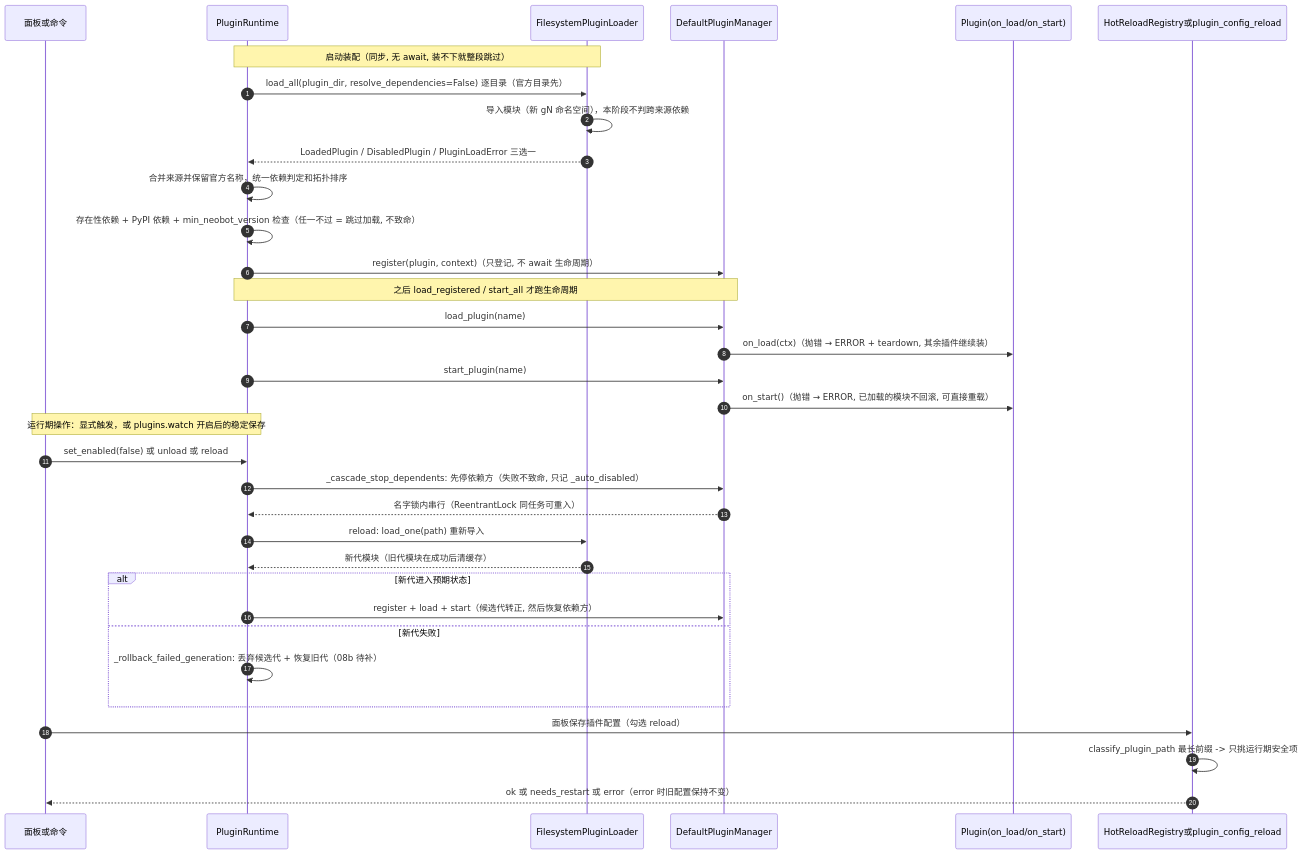
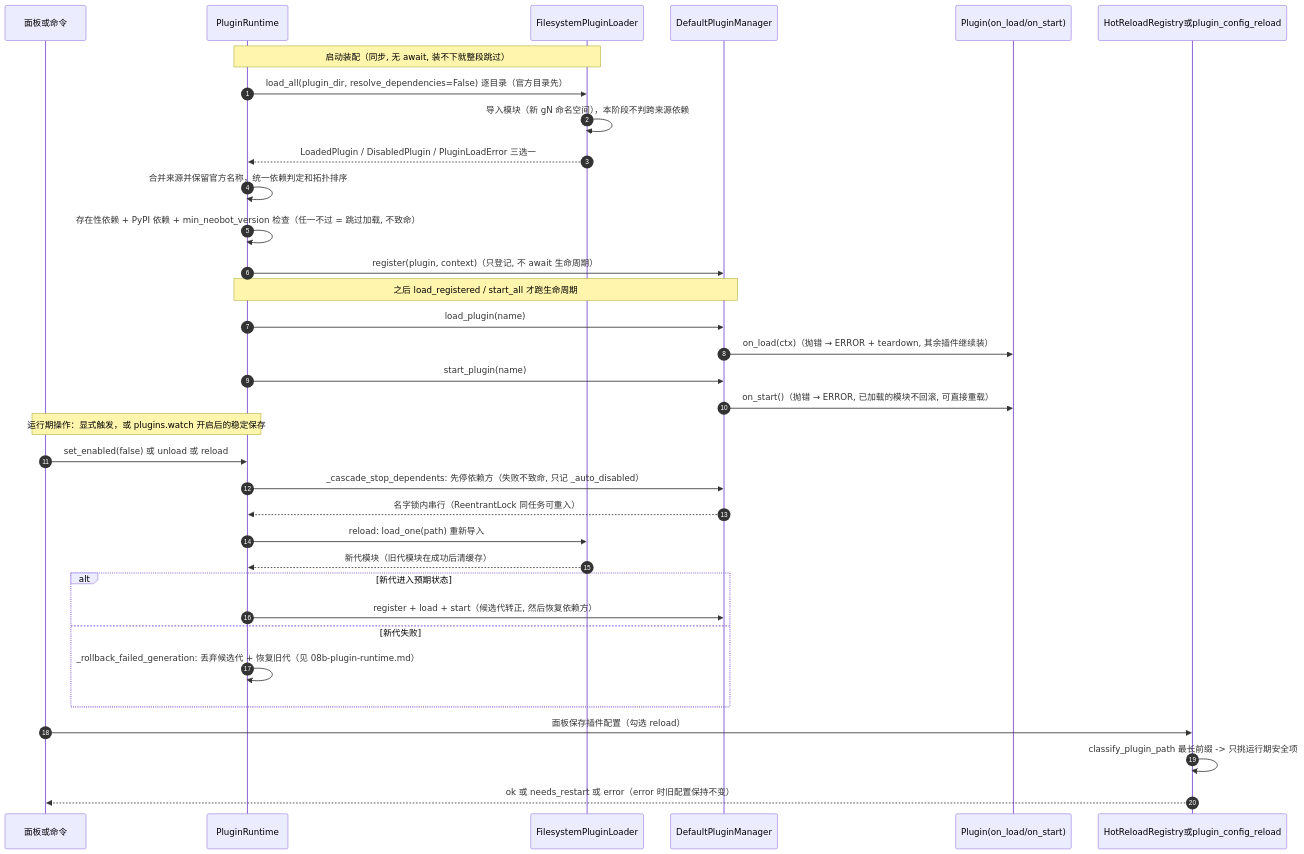
Before and after one commit to SuperQuail/NeoBot: the second of 14 diagrams in docs/flow/08-plugins.md, drawn with Mermaid. The commit also changed other lines of this file and 4 other files, not shown here.

Commit message:
feat(bilibili): 直播按场次隔离历史并注入开播时间\n\n- 开播时间（WS LIVE 事件或 room_info.live_time）变化即视为新场次，清空上一场弹幕\n- 回复/观察/定时提示词注入 <开播时间>，让模型知道哪些弹幕属于本场\n- 开播时不预热历史；拿不到开播时间时绝不清历史\n- --strict-drift 重盖章流程图\n\n验证：pytest app/tests/modules/bilibili app/tests/modules/prompt -q → 935 passed；ruff 通过

````diff
--- a/docs/flow/08-plugins.md
+++ b/docs/flow/08-plugins.md
@@ -79,38 +79,38 @@
 ```mermaid
 sequenceDiagram
     autonumber
     participant P as 面板或命令
     participant RT as PluginRuntime
     participant LD as FilesystemPluginLoader
     participant MG as DefaultPluginManager
     participant PL as Plugin(on_load/on_start)
     participant HR as HotReloadRegistry或plugin_config_reload
 
     Note over RT,LD: 启动装配（同步, 无 await, 装不下就整段跳过）
     RT->>LD: load_all(plugin_dir, resolve_dependencies=False) 逐目录（官方目录先）
     LD->>LD: 导入模块（新 gN 命名空间），本阶段不判跨来源依赖
     LD-->>RT: LoadedPlugin / DisabledPlugin / PluginLoadError 三选一
     RT->>RT: 合并来源并保留官方名称，统一依赖判定和拓扑排序
     RT->>RT: 存在性依赖 + PyPI 依赖 + min_neobot_version 检查（任一不过 = 跳过加载, 不致命）
     RT->>MG: register(plugin, context)（只登记, 不 await 生命周期）
     Note over RT,MG: 之后 load_registered / start_all 才跑生命周期
     RT->>MG: load_plugin(name)
     MG->>PL: on_load(ctx)（抛错 → ERROR + teardown, 其余插件继续装）
     RT->>MG: start_plugin(name)
     MG->>PL: on_start()（抛错 → ERROR, 已加载的模块不回滚, 可直接重载）
 
     Note over P,RT: 运行期操作：显式触发，或 plugins.watch 开启后的稳定保存
     P->>RT: set_enabled(false) 或 unload 或 reload
     RT->>MG: _cascade_stop_dependents: 先停依赖方（失败不致命, 只记 _auto_disabled）
     MG-->>RT: 名字锁内串行（ReentrantLock 同任务可重入）
     RT->>LD: reload: load_one(path) 重新导入
     LD-->>RT: 新代模块（旧代模块在成功后清缓存）
     alt 新代进入预期状态
         RT->>MG: register + load + start（候选代转正, 然后恢复依赖方）
     else 新代失败
-        RT->>RT: _rollback_failed_generation: 丢弃候选代 + 恢复旧代（08b 待补）
+        RT->>RT: _rollback_failed_generation: 丢弃候选代 + 恢复旧代（见 08b-plugin-runtime.md）
     end
     P->>HR: 面板保存插件配置（勾选 reload）
     HR->>HR: classify_plugin_path 最长前缀 -> 只挑运行期安全项
     HR-->>P: ok 或 needs_restart 或 error（error 时旧配置保持不变）
 ```
````
